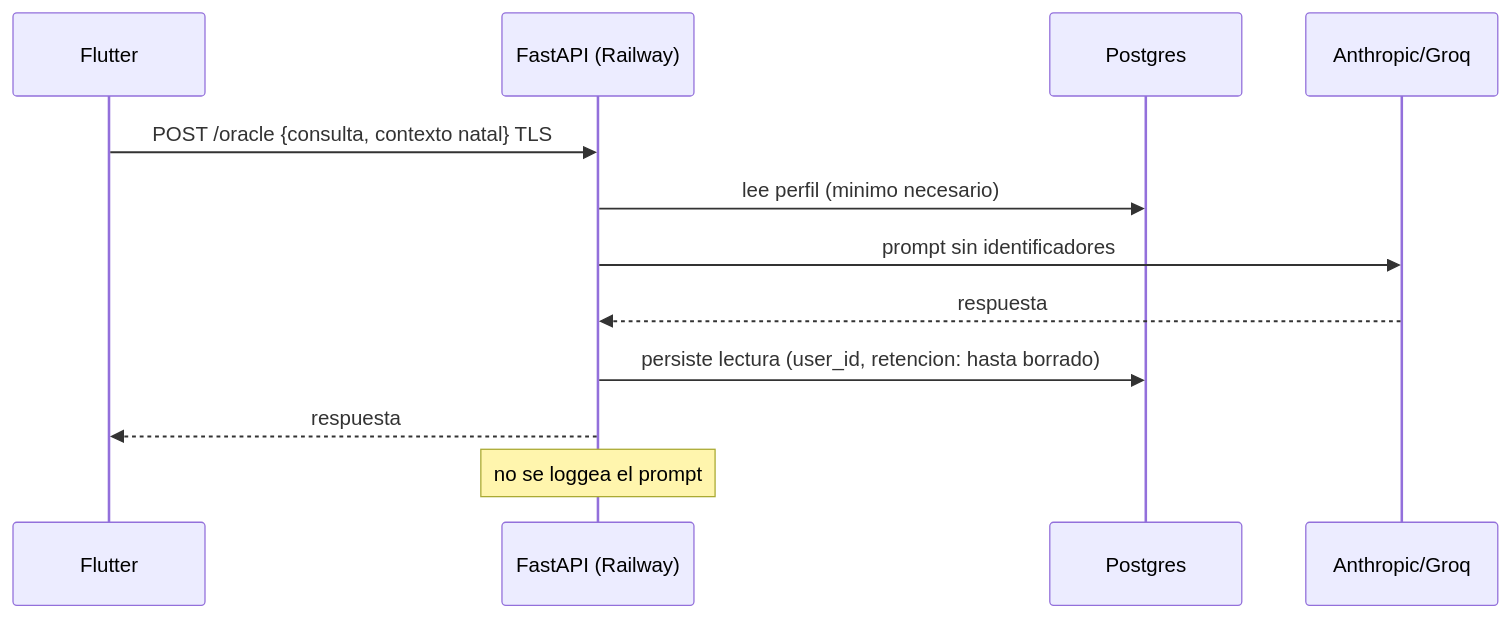
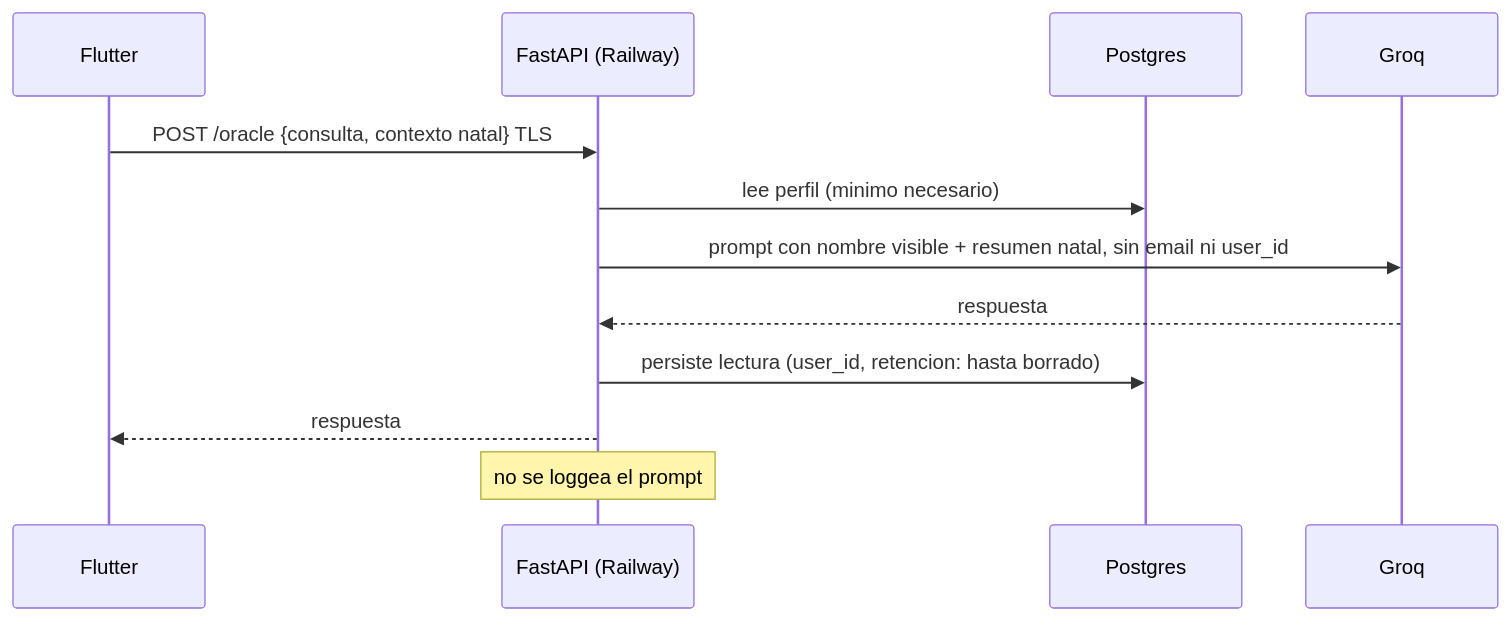
One commit to Samael2626/Arcanum changed the second of 3 diagrams in .claude/skills/arcanum-legal/references/diagramas.md. Above: the diagram before and after it, drawn with Mermaid. The commit also changed other lines of this file and 6 other files, not shown here.

````diff
--- a/.claude/skills/arcanum-legal/references/diagramas.md
+++ b/.claude/skills/arcanum-legal/references/diagramas.md
@@ -33,14 +33,14 @@
 ```mermaid
 sequenceDiagram
   participant App as Flutter
   participant API as FastAPI (Railway)
   participant DB as Postgres
-  participant LLM as Anthropic/Groq
+  participant LLM as Groq
   App->>API: POST /oracle {consulta, contexto natal} TLS
   API->>DB: lee perfil (minimo necesario)
-  API->>LLM: prompt sin identificadores
+  API->>LLM: prompt con nombre visible + resumen natal, sin email ni user_id
   LLM-->>API: respuesta
   API->>DB: persiste lectura (user_id, retencion: hasta borrado)
   API-->>App: respuesta
   Note over API: no se loggea el prompt
 ```
````
